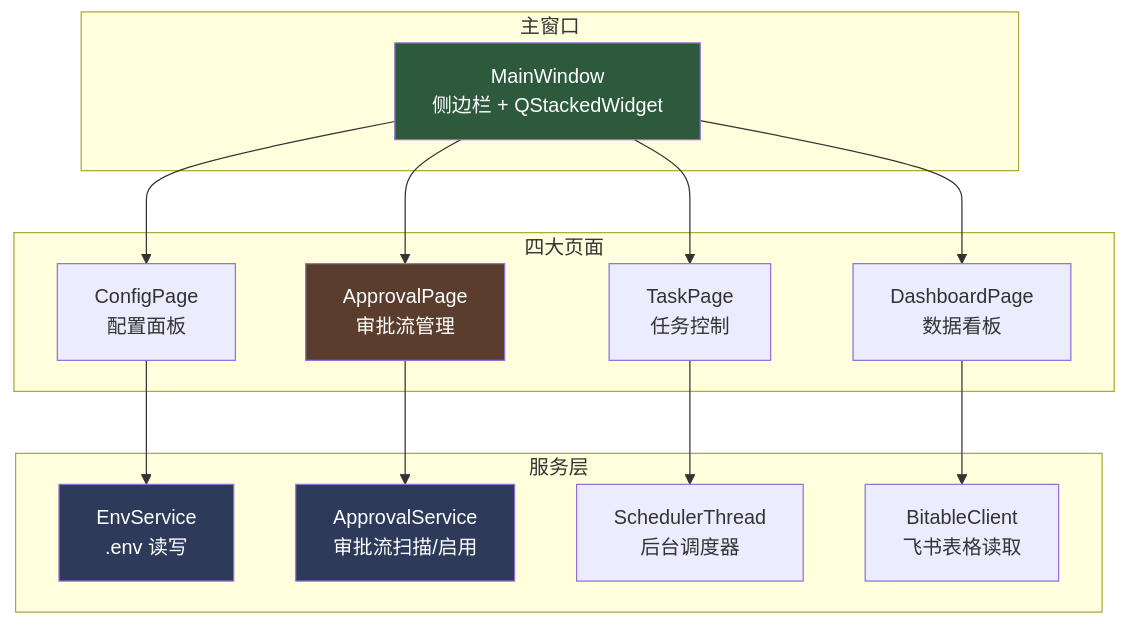
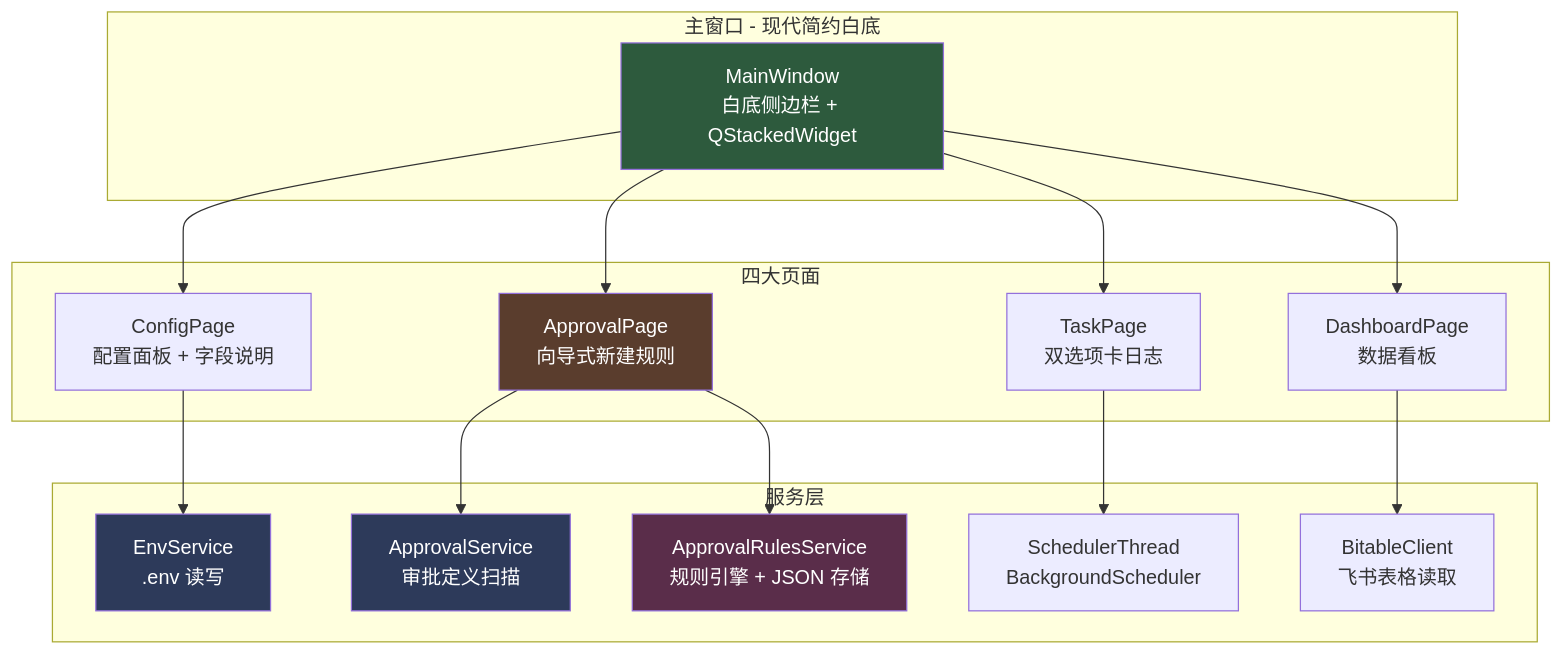
The ninth of 15 diagrams in ARCHITECTURE.md (lbh1nb/cross-border-ai-platform), drawn with Mermaid before and after one commit. The commit also changed other lines of this file and 30 other files, not shown here.

````diff
--- a/ARCHITECTURE.md
+++ b/ARCHITECTURE.md
@@ -368,34 +381,37 @@
 ```mermaid
 flowchart TB
-    subgraph 主窗口
-        A[MainWindow<br/>侧边栏 + QStackedWidget]
+    subgraph 主窗口[主窗口 - 现代简约白底]
+        A[MainWindow<br/>白底侧边栏 + QStackedWidget]
     end
 
     subgraph 四大页面
-        B[ConfigPage<br/>配置面板]
-        C[ApprovalPage<br/>审批流管理]
-        D[TaskPage<br/>任务控制]
+        B[ConfigPage<br/>配置面板 + 字段说明]
+        C[ApprovalPage<br/>向导式新建规则]
+        D[TaskPage<br/>双选项卡日志]
         E[DashboardPage<br/>数据看板]
     end
 
     subgraph 服务层
         F[EnvService<br/>.env 读写]
-        G[ApprovalService<br/>审批流扫描/启用]
-        H[SchedulerThread<br/>后台调度器]
-        I[BitableClient<br/>飞书表格读取]
+        G[ApprovalService<br/>审批定义扫描]
+        H[SchedulerThread<br/>BackgroundScheduler]
+        I[ApprovalRulesService<br/>规则引擎 + JSON 存储]
+        J[BitableClient<br/>飞书表格读取]
     end
 
     A --> B
     A --> C
     A --> D
     A --> E
     B --> F
     C --> G
+    C --> I
     D --> H
-    E --> I
+    E --> J
 
     style A fill:#2d5a3d,color:#fff
     style C fill:#5a3d2d,color:#fff
     style F fill:#2d3a5a,color:#fff
     style G fill:#2d3a5a,color:#fff
+    style I fill:#5a2d4a,color:#fff
 ```
````
